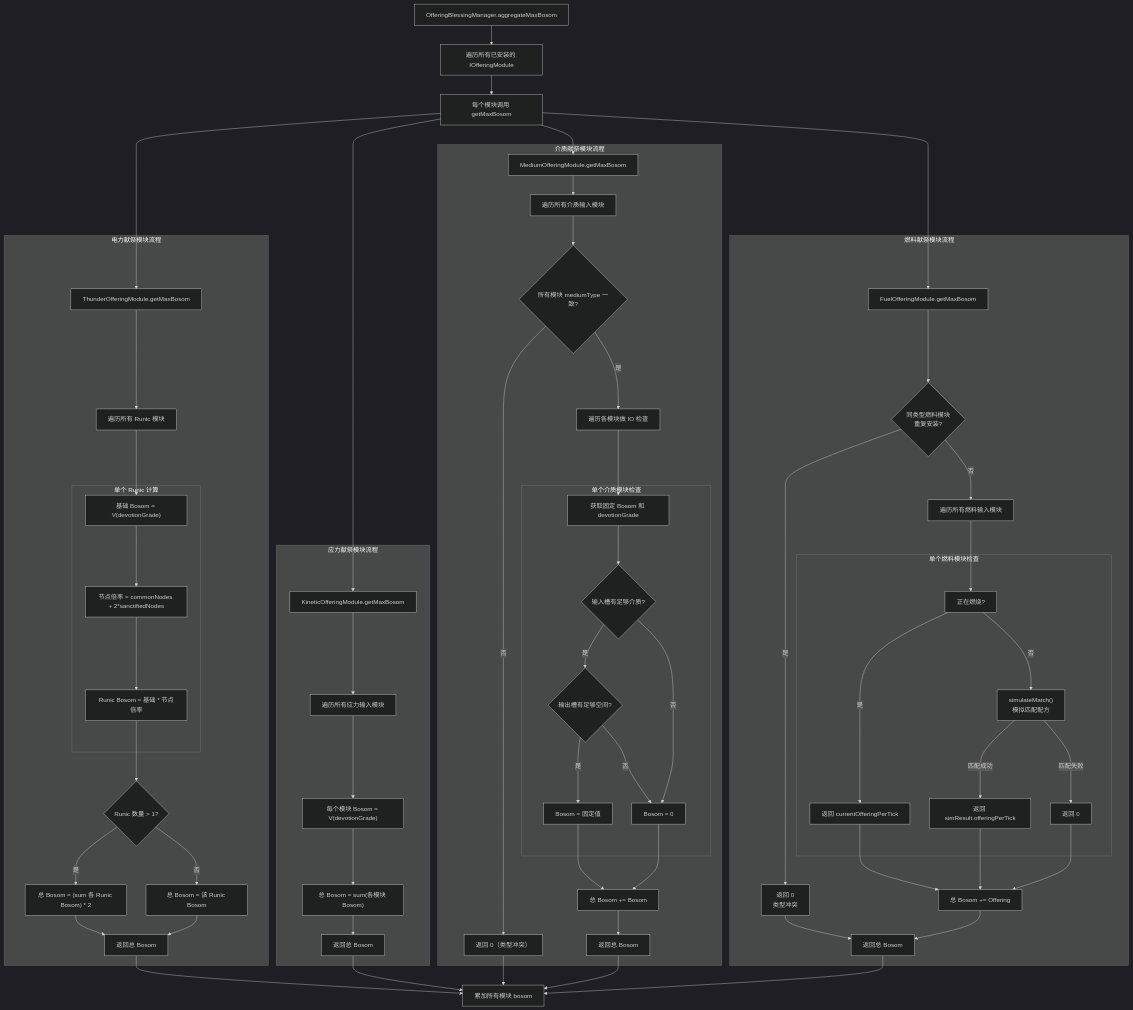
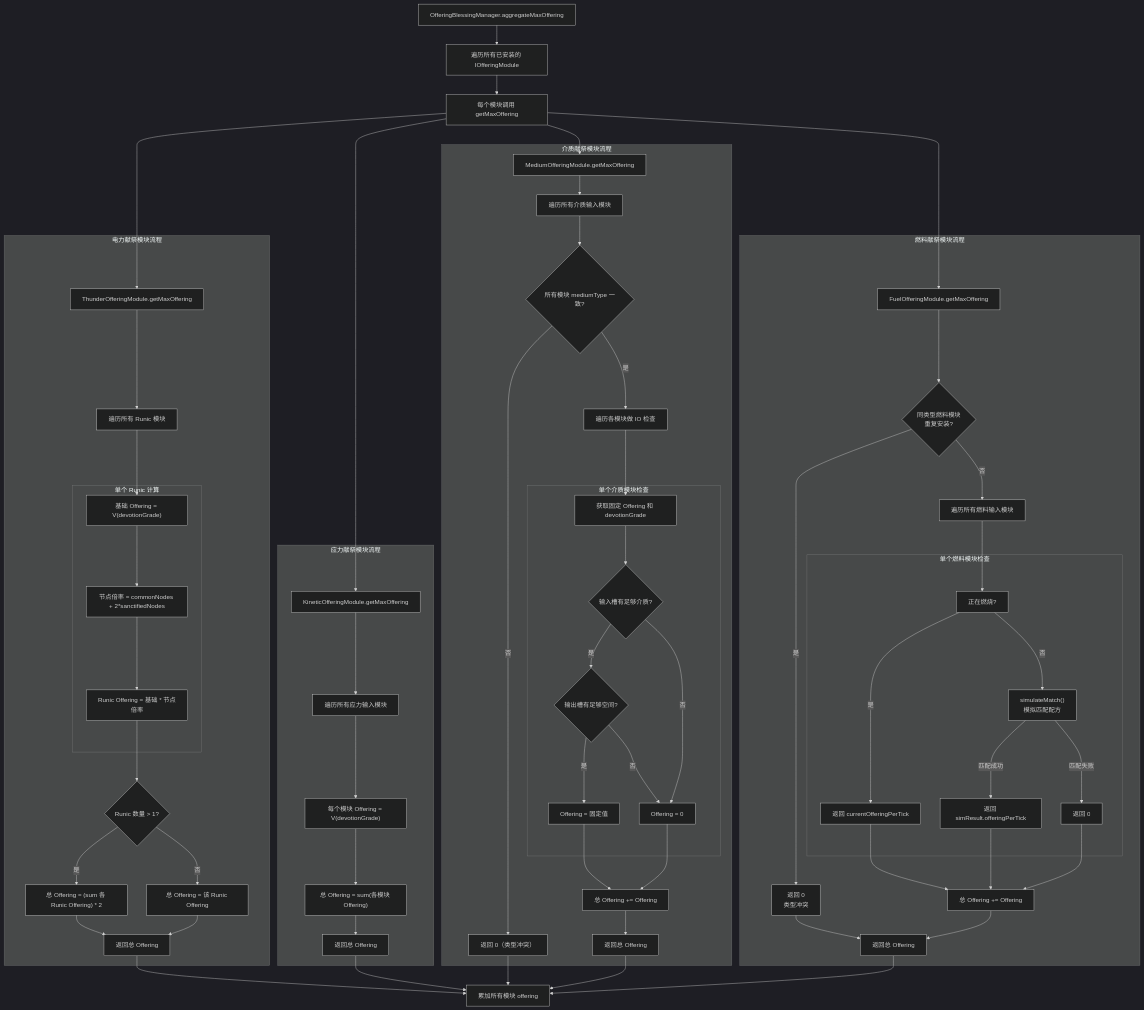
One commit to dalizi2333/GoblinTechMotiveCore changed the sixth of 12 diagrams in docs/skills/divine-machine-execution-flow.md. Above: the diagram before and after it, drawn with Mermaid (dark theme). The commit also changed other lines of this file and 17 other files, not shown here.

````diff
--- a/docs/skills/divine-machine-execution-flow.md
+++ b/docs/skills/divine-machine-execution-flow.md
@@ -329,15 +330,15 @@
 ```mermaid
 flowchart TD
-    A[OfferingBlessingManager.aggregateMaxBosom] --> B[遍历所有已安装的 IOfferingModule]
-    B --> C[每个模块调用 getMaxBosom]
+    A[OfferingBlessingManager.aggregateMaxOffering] --> B[遍历所有已安装的 IOfferingModule]
+    B --> C[每个模块调用 getMaxOffering]
     
     subgraph THUNDER["电力献祭模块流程"]
-        T1[ThunderOfferingModule.getMaxBosom] --> T2[遍历所有 Runic 模块]
+        T1[ThunderOfferingModule.getMaxOffering] --> T2[遍历所有 Runic 模块]
         
         subgraph RUNIC["单个 Runic 计算"]
-            R1["基础 Bosom = V(devotionGrade)"]
+            R1["基础 Offering = V(devotionGrade)"]
             R2["节点倍率 = commonNodes + 2*sanctifiedNodes"]
-            R3["Runic Bosom = 基础 * 节点倍率"]
+            R3["Runic Offering = 基础 * 节点倍率"]
         end
         
         T2 --> R1
@@ -345,37 +346,37 @@
         R2 --> R3
         
         R3 --> T3{"Runic 数量 > 1?"}
-        T3 -->|"是"| T4["总 Bosom = (sum 各 Runic Bosom) * 2"]
-        T3 -->|"否"| T5["总 Bosom = 该 Runic Bosom"]
-        T4 --> T6[返回总 Bosom]
+        T3 -->|"是"| T4["总 Offering = (sum 各 Runic Offering) * 2"]
+        T3 -->|"否"| T5["总 Offering = 该 Runic Offering"]
+        T4 --> T6[返回总 Offering]
         T5 --> T6
     end
     
     C --> T1
-    T6 --> D[累加所有模块 bosom]
+    T6 --> D[累加所有模块 offering]
     
     subgraph KINETIC["应力献祭模块流程"]
-        K1[KineticOfferingModule.getMaxBosom] --> K2[遍历所有应力输入模块]
-        K2 --> K3["每个模块 Bosom = V(devotionGrade)"]
-        K3 --> K4["总 Bosom = sum(各模块 Bosom)"]
-        K4 --> K5[返回总 Bosom]
+        K1[KineticOfferingModule.getMaxOffering] --> K2[遍历所有应力输入模块]
+        K2 --> K3["每个模块 Offering = V(devotionGrade)"]
+        K3 --> K4["总 Offering = sum(各模块 Offering)"]
+        K4 --> K5[返回总 Offering]
     end
     
     C --> K1
     K5 --> D
     
     subgraph MEDIUM["介质献祭模块流程"]
-        M1[MediumOfferingModule.getMaxBosom] --> M2[遍历所有介质输入模块]
+        M1[MediumOfferingModule.getMaxOffering] --> M2[遍历所有介质输入模块]
         M2 --> M3{"所有模块 mediumType 一致?"}
         M3 -->|"否"| M4["返回 0（类型冲突）"]
         M3 -->|"是"| M5[遍历各模块做 IO 检查]
         
         subgraph M_CHECK["单个介质模块检查"]
-            MC1["获取固定 Bosom 和 devotionGrade"]
+            MC1["获取固定 Offering 和 devotionGrade"]
             MC2{"输入槽有足够介质?"}
             MC3{"输出槽有足够空间?"}
-            MC4["Bosom = 固定值"]
-            MC5["Bosom = 0"]
+            MC4["Offering = 固定值"]
+            MC5["Offering = 0"]
             
             MC1 --> MC2
             MC2 -->|"是"| MC3
@@ -385,9 +386,9 @@
         end
         
         M5 --> MC1
-        MC4 --> M6["总 Bosom += Bosom"]
+        MC4 --> M6["总 Offering += Offering"]
         MC5 --> M6
-        M6 --> M7[返回总 Bosom]
+        M6 --> M7[返回总 Offering]
     end
     
     C --> M1
@@ -395,7 +396,7 @@
     M7 --> D
     
     subgraph FUEL["燃料献祭模块流程"]
-        F1[FuelOfferingModule.getMaxBosom] --> F1a{"同类型燃料模块<br/>重复安装?"}
+        F1[FuelOfferingModule.getMaxOffering] --> F1a{"同类型燃料模块<br/>重复安装?"}
         F1a -->|"是"| F1b["返回 0<br/>类型冲突"]
         F1a -->|"否"| F2[遍历所有燃料输入模块]
         
@@ -408,11 +409,11 @@
         end
         
         F2 --> FC1
-        FC2 --> F3["总 Bosom += Offering"]
+        FC2 --> F3["总 Offering += Offering"]
         FC4 --> F3
         FC5 --> F3
-        F1b --> F4[返回总 Bosom]
-        F3 --> F4[返回总 Bosom]
+        F1b --> F4[返回总 Offering]
+        F3 --> F4[返回总 Offering]
     end
     
     C --> F1
````
